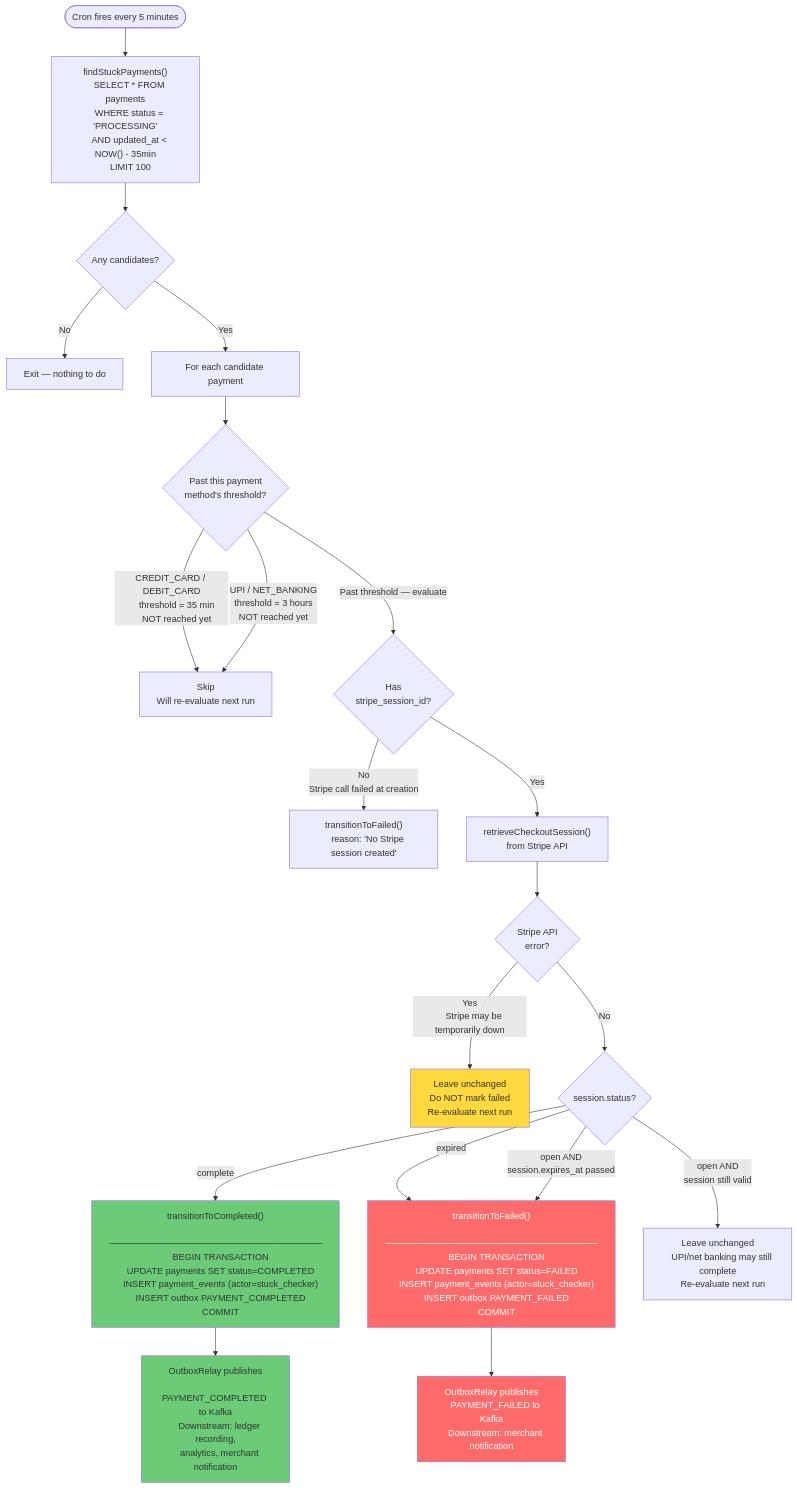
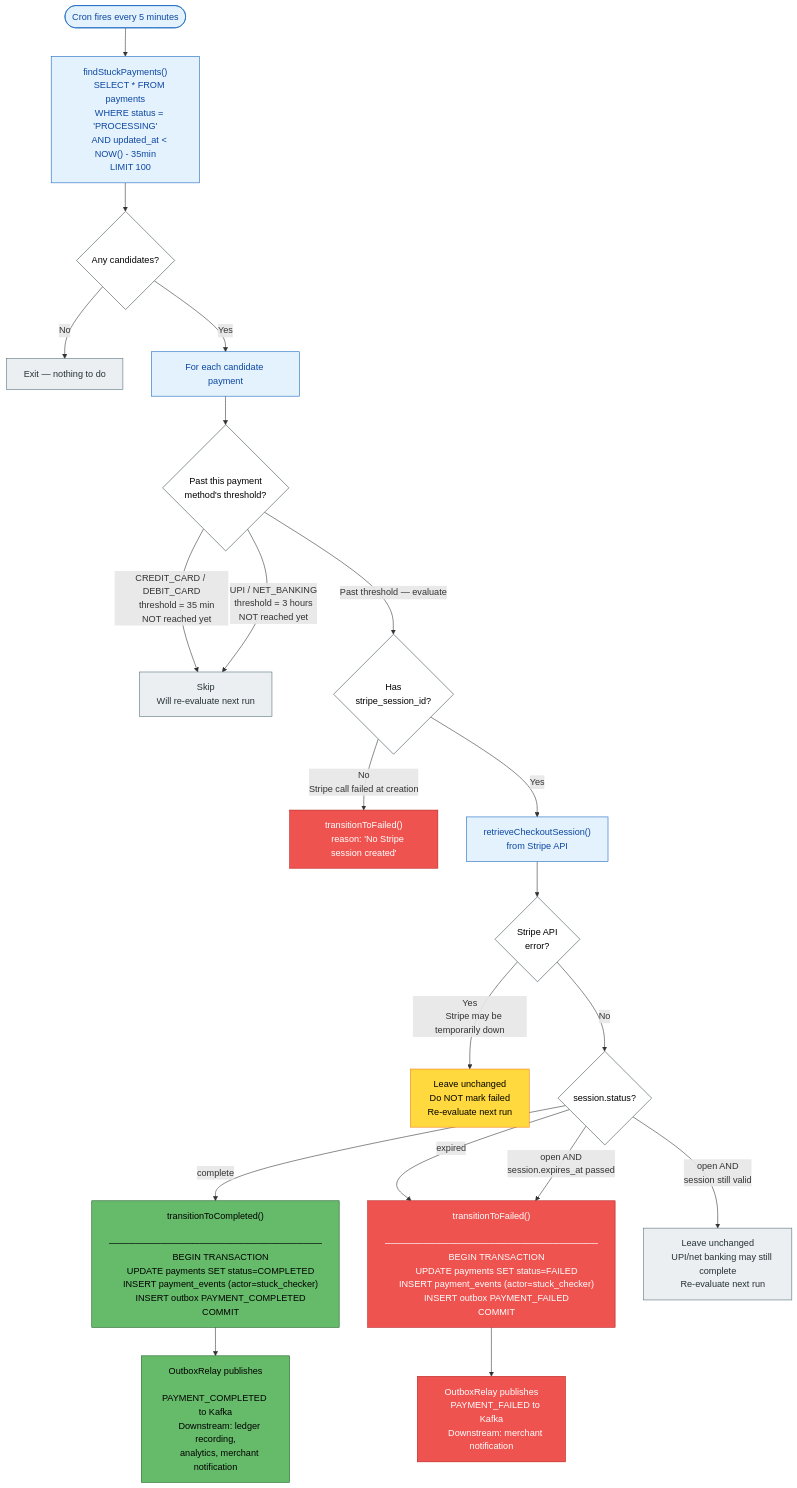
One commit to Ravikant0211/payment-system changed the diagram in docs/06-stuck-payments-recovery.md. Above: the diagram before and after it, drawn with Mermaid. The commit also changed 6 other files, not shown here.

Commit message:
wip: update docs/*.md files diagrams

````diff
--- a/docs/06-stuck-payments-recovery.md
+++ b/docs/06-stuck-payments-recovery.md
@@ -7,7 +7,7 @@
     TICK(["Cron fires every 5 minutes"]) --> FETCH["findStuckPayments()
     SELECT * FROM payments
     WHERE status = 'PROCESSING'
-    AND updated_at < NOW() - 35min
+    AND updated_at &lt; NOW() - 35min
     LIMIT 100"]
 
     FETCH --> EMPTY{Any candidates?}
@@ -78,9 +78,19 @@
     PAYMENT_FAILED to Kafka
     Downstream: merchant notification"]
 
-    style COMPLETE fill:#6bcb77
-    style KAFKA_C fill:#6bcb77
-    style FAILED fill:#ff6b6b,color:#fff
-    style KAFKA_F fill:#ff6b6b,color:#fff
-    style CAUTIOUS fill:#ffd93d
+    classDef default fill:#ffffff,stroke:#37474F,color:#000000
+
+    style COMPLETE fill:#66BB6A,stroke:#1B5E20,color:#000000
+    style KAFKA_C fill:#66BB6A,stroke:#1B5E20,color:#000000
+    style FAILED fill:#EF5350,stroke:#B71C1C,color:#FFFFFF
+    style KAFKA_F fill:#EF5350,stroke:#B71C1C,color:#FFFFFF
+    style CAUTIOUS fill:#FFD93D,stroke:#F57F17,color:#000000
+    style SKIP fill:#ECEFF1,stroke:#546E7A,color:#263238
+    style RECHECK fill:#ECEFF1,stroke:#546E7A,color:#263238
+    style TICK fill:#E3F2FD,stroke:#1565C0,color:#0D47A1
+    style FETCH fill:#E3F2FD,stroke:#1565C0,color:#0D47A1
+    style LOOP fill:#E3F2FD,stroke:#1565C0,color:#0D47A1
+    style POLL fill:#E3F2FD,stroke:#1565C0,color:#0D47A1
+    style FAIL_NS fill:#EF5350,stroke:#B71C1C,color:#FFFFFF
+    style DONE fill:#ECEFF1,stroke:#546E7A,color:#263238
 ```
````
